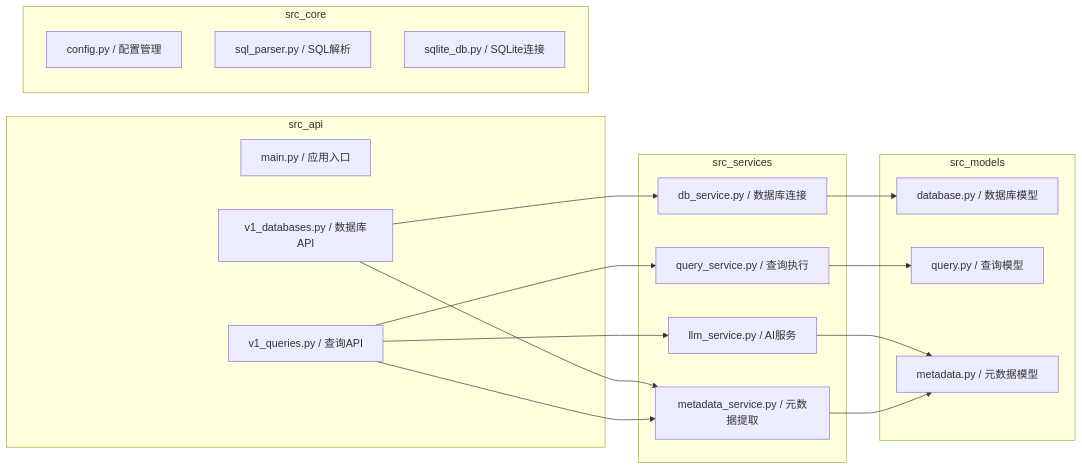
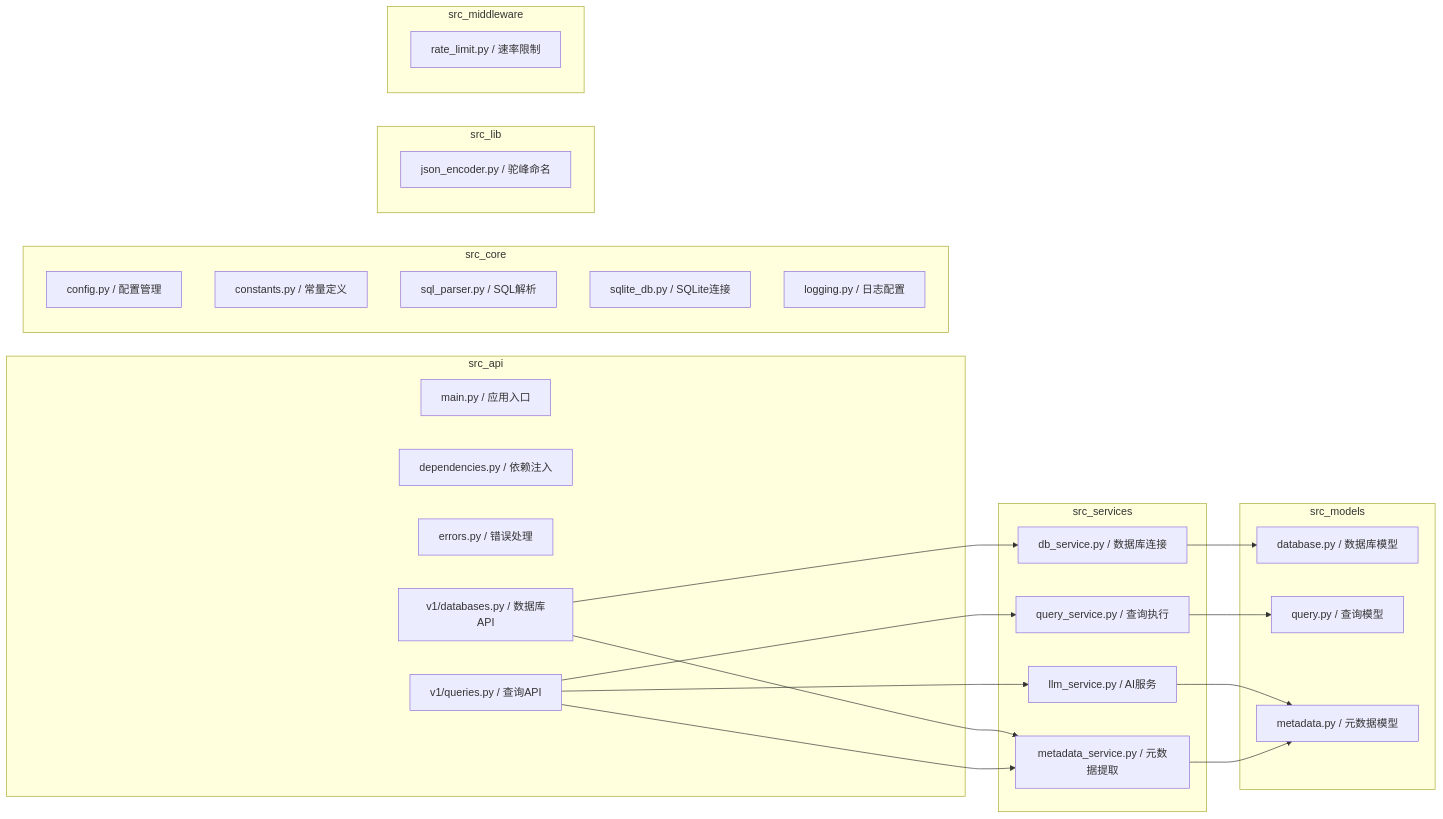
One commit to kangapp/AI changed the third of 9 diagrams in project/db_query/README.md. Above: the diagram before and after it, drawn with Mermaid. The commit also changed other lines of this file and 1 other file, not shown here.

````diff
--- a/project/db_query/README.md
+++ b/project/db_query/README.md
@@ -150,38 +160,50 @@
 ```mermaid
 graph LR
     subgraph src_api
         A[main.py / 应用入口]
-        B[v1_databases.py / 数据库API]
-        C[v1_queries.py / 查询API]
+        B[dependencies.py / 依赖注入]
+        C[errors.py / 错误处理]
+        D[v1/databases.py / 数据库API]
+        E[v1/queries.py / 查询API]
     end
 
     subgraph src_services
-        D[db_service.py / 数据库连接]
-        E[query_service.py / 查询执行]
-        F[llm_service.py / AI服务]
-        G[metadata_service.py / 元数据提取]
+        F[db_service.py / 数据库连接]
+        G[query_service.py / 查询执行]
+        H[llm_service.py / AI服务]
+        I[metadata_service.py / 元数据提取]
     end
 
     subgraph src_models
-        H[database.py / 数据库模型]
-        I[query.py / 查询模型]
-        J[metadata.py / 元数据模型]
+        J[database.py / 数据库模型]
+        K[query.py / 查询模型]
+        L[metadata.py / 元数据模型]
     end
 
     subgraph src_core
-        K[config.py / 配置管理]
-        L[sql_parser.py / SQL解析]
-        M[sqlite_db.py / SQLite连接]
+        M[config.py / 配置管理]
+        N[constants.py / 常量定义]
+        O[sql_parser.py / SQL解析]
+        P[sqlite_db.py / SQLite连接]
+        Q[logging.py / 日志配置]
     end
 
-    B --> D
-    B --> G
-    C --> E
-    C --> F
-    C --> G
+    subgraph src_lib
+        R[json_encoder.py / 驼峰命名]
+    end
 
-    D --> H
+    subgraph src_middleware
+        S[rate_limit.py / 速率限制]
+    end
+
+    D --> F
+    D --> I
+    E --> G
+    E --> H
     E --> I
+
     F --> J
-    G --> J
+    G --> K
+    H --> L
+    I --> L
 ```
````
